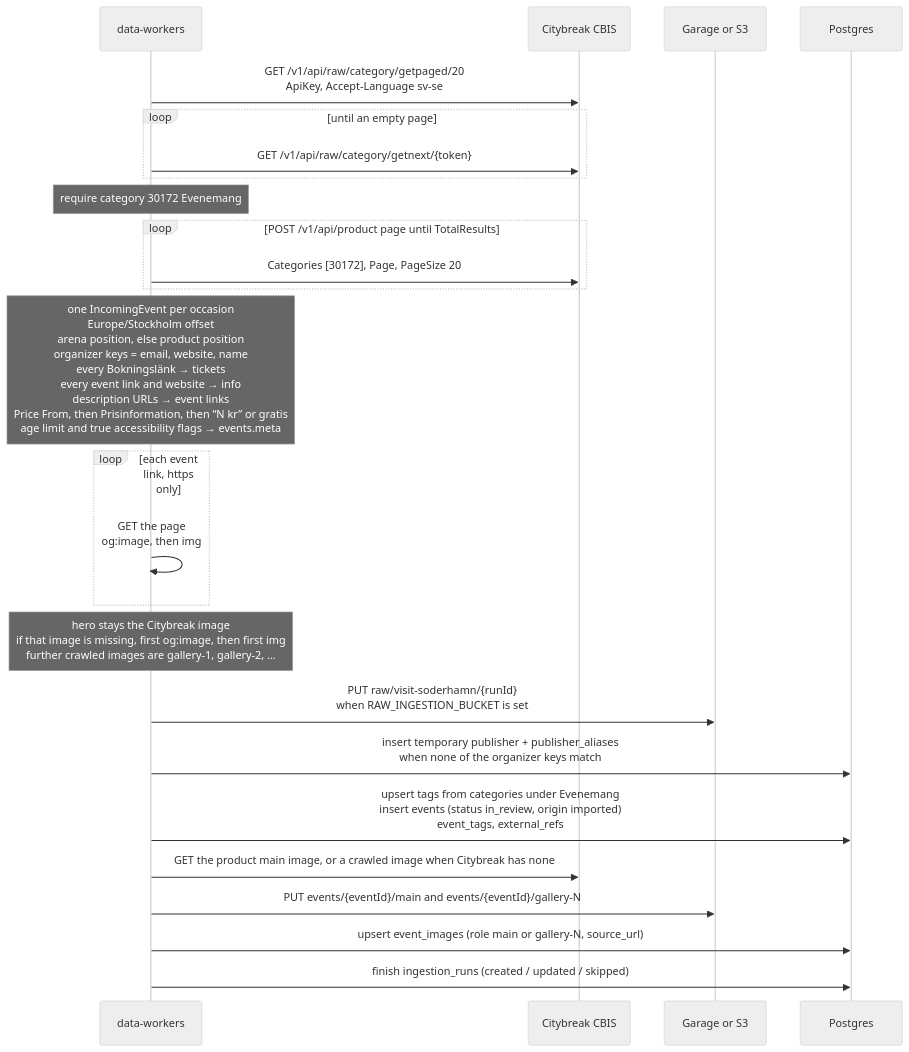
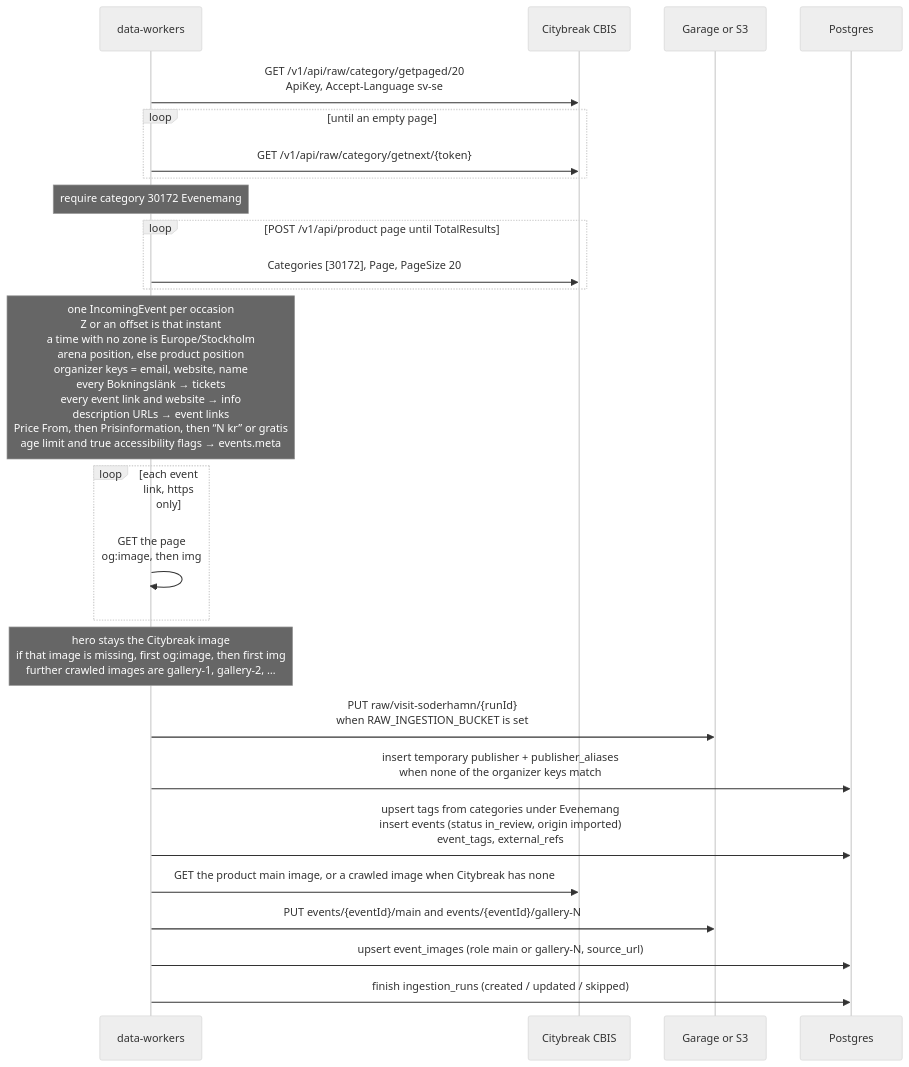
The diagram in docs/flows/visit-soderhamn.md (BradleySmallbottoms/evently), drawn with Mermaid (neutral theme) before and after one commit. The commit also changed 30 other files, not shown here.

````diff
--- a/docs/flows/visit-soderhamn.md
+++ b/docs/flows/visit-soderhamn.md
@@ -20,28 +20,28 @@
 ```mermaid
 sequenceDiagram
   participant Runner as data-workers
   participant CBIS as Citybreak CBIS
   participant Store as Garage or S3
   participant DB as Postgres
 
   Runner->>CBIS: GET /v1/api/raw/category/getpaged/20<br/>ApiKey, Accept-Language sv-se
   loop until an empty page
     Runner->>CBIS: GET /v1/api/raw/category/getnext/{token}
   end
   Note over Runner: require category 30172 Evenemang
   loop POST /v1/api/product page until TotalResults
     Runner->>CBIS: Categories [30172], Page, PageSize 20
   end
-  Note over Runner: one IncomingEvent per occasion<br/>Europe/Stockholm offset<br/>arena position, else product position<br/>organizer keys = email, website, name<br/>every Bokningslänk → tickets<br/>every event link and website → info<br/>description URLs → event links<br/>Price From, then Prisinformation, then “N kr” or gratis<br/>age limit and true accessibility flags → events.meta
+  Note over Runner: one IncomingEvent per occasion<br/>Z or an offset is that instant<br/>a time with no zone is Europe/Stockholm<br/>arena position, else product position<br/>organizer keys = email, website, name<br/>every Bokningslänk → tickets<br/>every event link and website → info<br/>description URLs → event links<br/>Price From, then Prisinformation, then “N kr” or gratis<br/>age limit and true accessibility flags → events.meta
   loop each event link, https only
     Runner->>Runner: GET the page<br/>og:image, then img
   end
   Note over Runner: hero stays the Citybreak image<br/>if that image is missing, first og:image, then first img<br/>further crawled images are gallery-1, gallery-2, …
   Runner->>Store: PUT raw/visit-soderhamn/{runId}<br/>when RAW_INGESTION_BUCKET is set
   Runner->>DB: insert temporary publisher + publisher_aliases<br/>when none of the organizer keys match
   Runner->>DB: upsert tags from categories under Evenemang<br/>insert events (status in_review, origin imported)<br/>event_tags, external_refs
   Runner->>CBIS: GET the product main image, or a crawled image when Citybreak has none
   Runner->>Store: PUT events/{eventId}/main and events/{eventId}/gallery-N
   Runner->>DB: upsert event_images (role main or gallery-N, source_url)
   Runner->>DB: finish ingestion_runs (created / updated / skipped)
 ```
````
